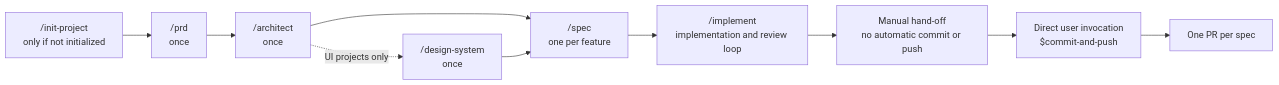
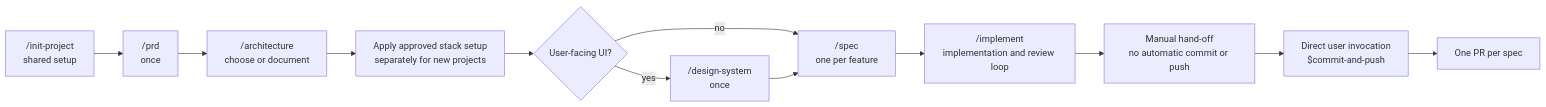
Before and after one commit to the-blue-coder/agentic-starter: the first of 3 diagrams in README.md, drawn with Mermaid. The commit also changed other lines of this file and 33 other files, not shown here.

````diff
--- a/README.md
+++ b/README.md
@@ -11,12 +11,14 @@
 ```mermaid
 flowchart LR
-  init["/init-project<br/>only if not initialized"] --> prd["/prd<br/>once"]
-  prd --> architect["/architect<br/>once"]
-  architect --> spec["/spec<br/>one per feature"]
-  architect -. "UI projects only" .-> design["/design-system<br/>once"]
+  init["/init-project<br/>shared setup"] --> prd["/prd<br/>once"]
+  prd --> arch["/architecture<br/>choose or document"]
+  arch --> setup["Apply approved stack setup<br/>separately for new projects"]
+  setup --> ui{"User-facing UI?"}
+  ui -- no --> spec["/spec<br/>one per feature"]
+  ui -- yes --> design["/design-system<br/>once"]
   design --> spec
   spec --> implement["/implement<br/>implementation and review loop"]
   implement --> handoff["Manual hand-off<br/>no automatic commit or push"]
   handoff --> ship["Direct user invocation<br/>$commit-and-push"]
   ship --> pr["One PR per spec"]
 ```
````
